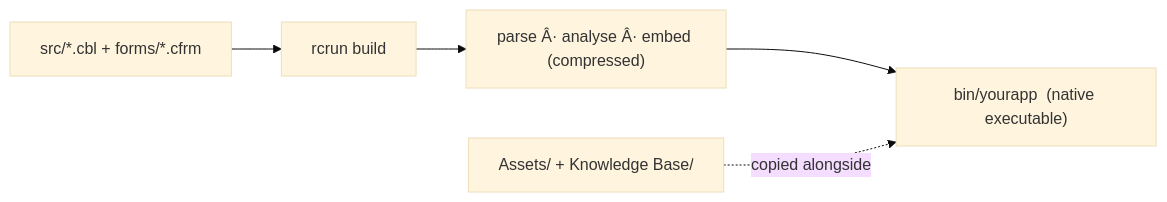
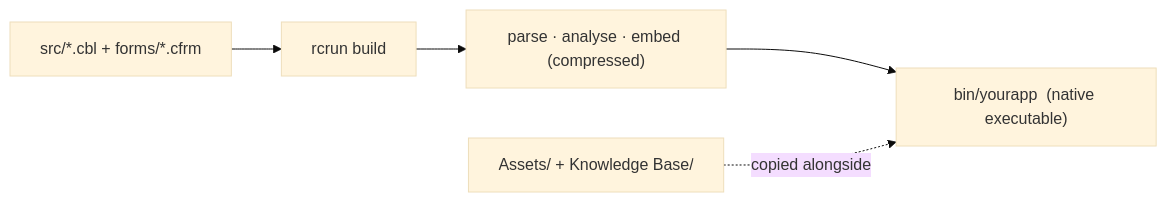
The eighth of 9 diagrams in docs/developers-guide-en.md (CloudLandBeta/PowerRustCOBOL), drawn with Mermaid (base theme) before and after one commit. The commit also changed other lines of this file and 33 other files, not shown here.

````diff
--- a/docs/developers-guide-en.md
+++ b/docs/developers-guide-en.md
@@ -4148,7 +4245,7 @@
 ```mermaid
 flowchart LR
     SRC["src/*.cbl + forms/*.cfrm"] --> COMPILE["rcrun build"]
-    COMPILE --> EMBED["parse Â· analyse Â· embed (compressed)"]
+    COMPILE --> EMBED["parse · analyse · embed (compressed)"]
     EMBED --> EXE["bin/yourapp  (native executable)"]
     ASSETS["Assets/ + Knowledge Base/"] -. "copied alongside" .-> EXE
 ```
````
